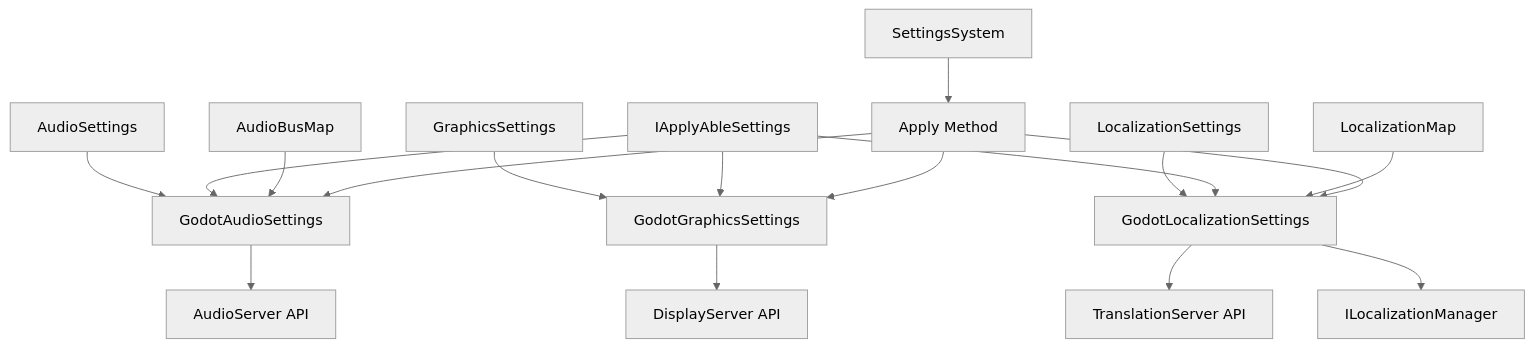
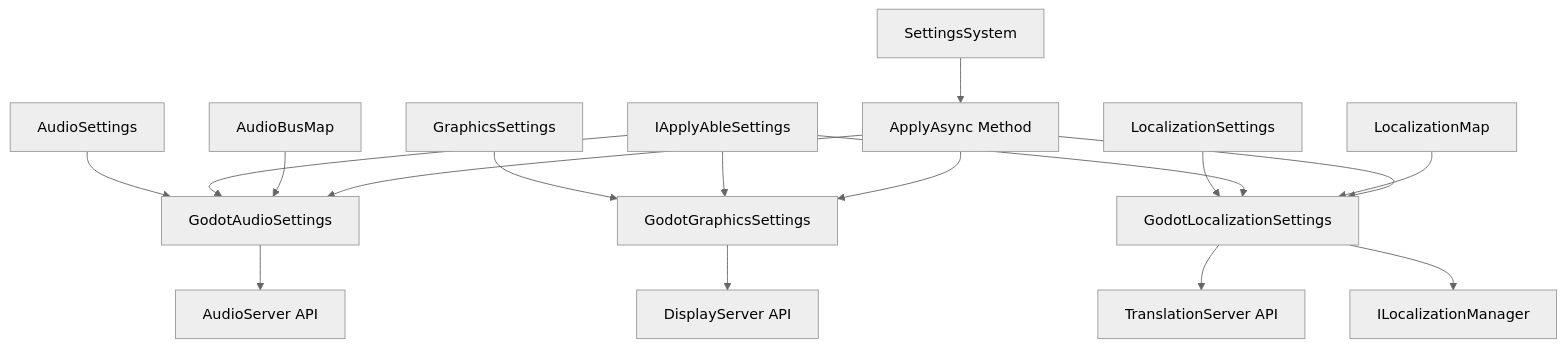
One commit to GeWuYou/GFramework changed the diagram in docs/zh-CN/godot/setting.md. Above: the diagram before and after it, drawn with Mermaid (neutral theme). The commit also changed other lines of this file and 29 other files, not shown here.

````diff
--- a/docs/zh-CN/godot/setting.md
+++ b/docs/zh-CN/godot/setting.md
@@ -92,22 +92,22 @@
 ```mermaid
 graph TD
     A[AudioSettings] --> B[GodotAudioSettings]
     C[GraphicsSettings] --> D[GodotGraphicsSettings]
     E[LocalizationSettings] --> F[GodotLocalizationSettings]
     G[IApplyAbleSettings] --> B
     G --> D
     G --> F
     
     H[AudioBusMap] --> B
     I[LocalizationMap] --> F
     
     B --> J[AudioServer API]
     D --> K[DisplayServer API]
     F --> L[TranslationServer API]
     F --> M[ILocalizationManager]
     
-    N[SettingsSystem] --> O[Apply Method]
+    N[SettingsSystem] --> O[ApplyAsync Method]
     O --> B
     O --> D
     O --> F
 ```
````
